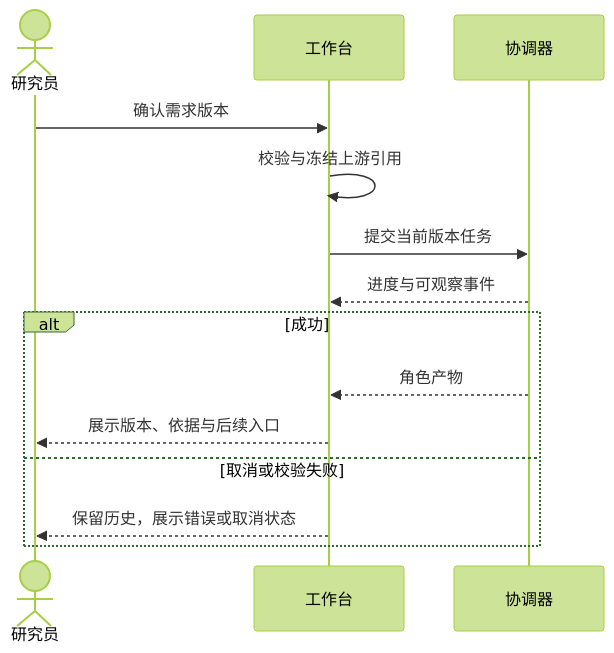
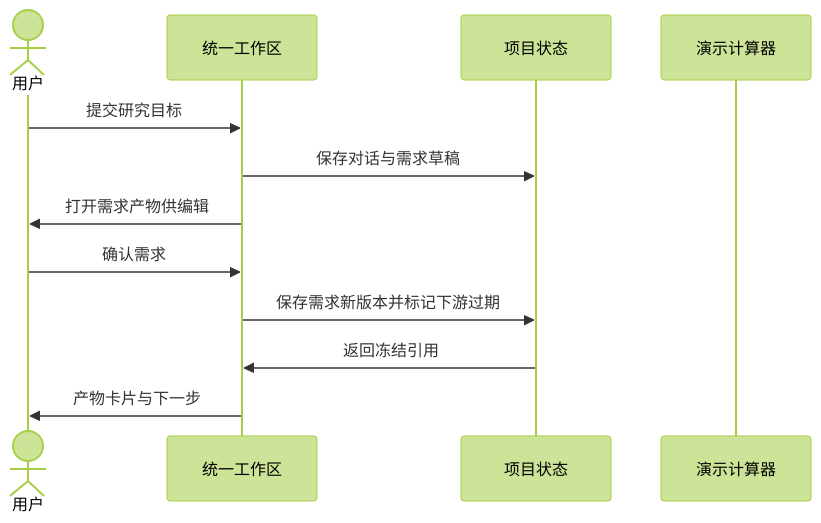
One commit to dorname/nautilus_trader changed the diagram in logos/changes/astock-research-desktop/deltas/prd/3-technical-plan/2-scenario-implementation/core-S17-ai-project.md. Above: the diagram before and after it, drawn with Mermaid (forest theme). The commit also changed other lines of this file and 48 other files, not shown here.

````diff
--- a/logos/changes/astock-research-desktop/deltas/prd/3-technical-plan/2-scenario-implementation/core-S17-ai-project.md
+++ b/logos/changes/astock-research-desktop/deltas/prd/3-technical-plan/2-scenario-implementation/core-S17-ai-project.md
@@ -5,16 +7,14 @@
 ```mermaid
 sequenceDiagram
-    actor U as 研究员
-    participant G as 工作台
-    participant W as 协调器
-    U->>G: 确认需求版本
-    G->>G: 校验与冻结上游引用
-    G->>W: 提交当前版本任务
-    W-->>G: 进度与可观察事件
-    alt 成功
-        W-->>G: 角色产物
-        G-->>U: 展示版本、依据与后续入口
-    else 取消或校验失败
-        G-->>U: 保留历史，展示错误或取消状态
-    end
+    actor U as 用户
+    participant G as 统一工作区
+    participant P as 项目状态
+    participant W as 演示计算器
+    U->>G: 提交研究目标
+    G->>P: 保存对话与需求草稿
+    G->>U: 打开需求产物供编辑
+    U->>G: 确认需求
+    G->>P: 保存需求新版本并标记下游过期
+    P->>G: 返回冻结引用
+    G->>U: 产物卡片与下一步
 ```
````
